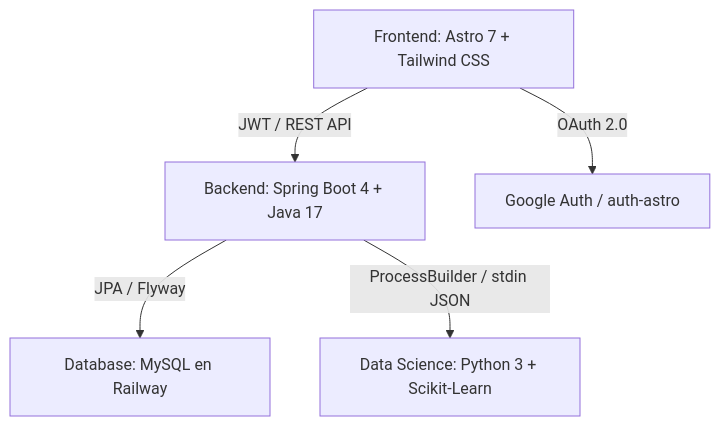
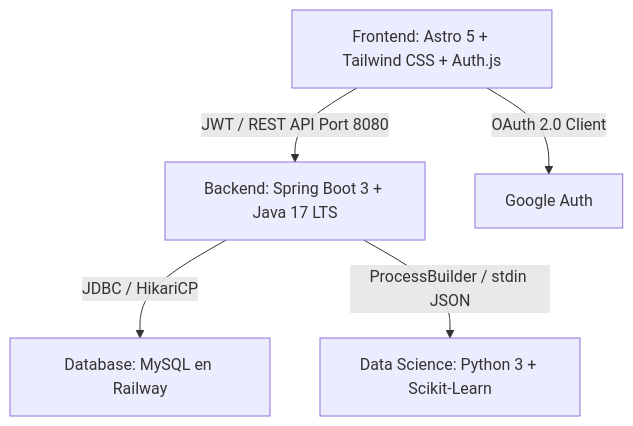
The first of 2 diagrams in DOCUMENTACION_SISTEMA_COMPLETA.md (No-Country-simulation/G9-LATAM-Team-77), drawn with Mermaid before and after one commit. The commit also changed other lines of this file and 20 other files, not shown here.

````diff
--- a/DOCUMENTACION_SISTEMA_COMPLETA.md
+++ b/DOCUMENTACION_SISTEMA_COMPLETA.md
@@ -13,7 +14,7 @@
 ```mermaid
 graph TD
-    A[Frontend: Astro 7 + Tailwind CSS] -->|JWT / REST API| B[Backend: Spring Boot 4 + Java 17]
-    A -->|OAuth 2.0| C[Google Auth / auth-astro]
-    B -->|JPA / Flyway| D[Database: MySQL en Railway]
+    A[Frontend: Astro 5 + Tailwind CSS + Auth.js] -->|JWT / REST API Port 8080| B[Backend: Spring Boot 3 + Java 17 LTS]
+    A -->|OAuth 2.0 Client| C[Google Auth]
+    B -->|JDBC / HikariCP| D[Database: MySQL en Railway]
     B -->|ProcessBuilder / stdin JSON| E[Data Science: Python 3 + Scikit-Learn]
 ```
````
